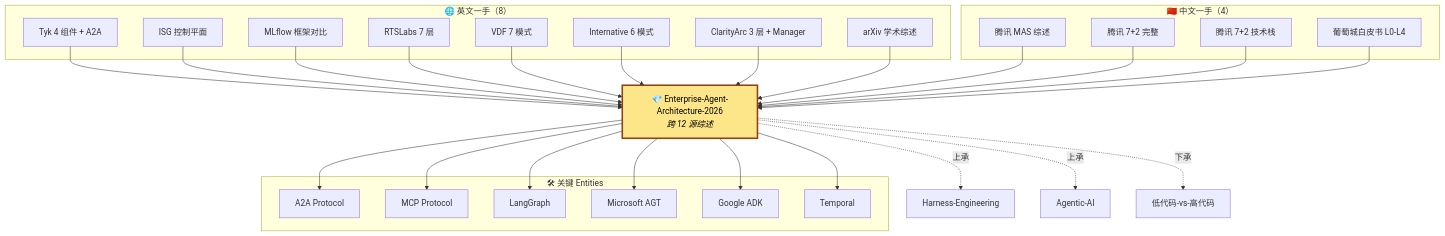
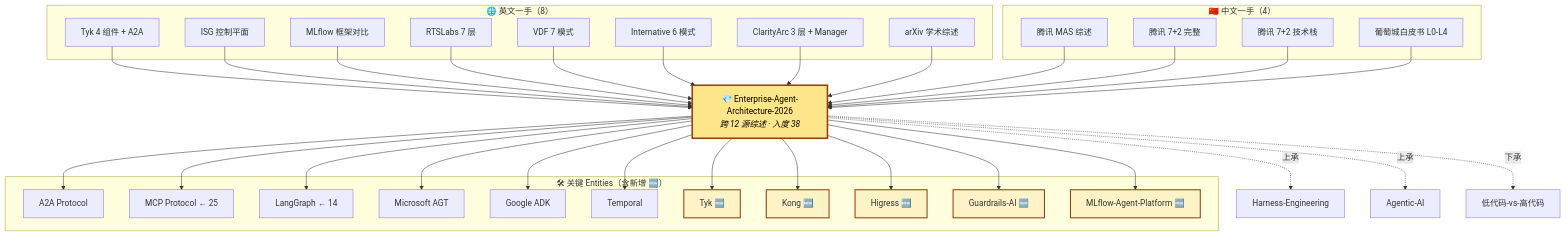
The sixth of 6 diagrams in content/graph.md (shaowenglu-afk/wiki-public), drawn with Mermaid before and after one commit. The commit also changed other lines of this file and 95 other files, not shown here.

````diff
--- a/content/graph.md
+++ b/content/graph.md
@@ -191,57 +245,69 @@
 ```mermaid
 flowchart TB
-    Hub["💎 Enterprise-Agent-Architecture-2026<br/><i>跨 12 源综述</i>"]:::hub
+    Hub["💎 Enterprise-Agent-Architecture-2026<br/><i>跨 12 源综述 · 入度 38</i>"]:::hub
 
     subgraph EN["🌐 英文一手（8）"]
         Tyk[Tyk 4 组件 + A2A]
         ISG[ISG 控制平面]
         MLflow[MLflow 框架对比]
         RTSLabs[RTSLabs 7 层]
         VDF[VDF 7 模式]
         Internative[Internative 6 模式]
         ClarityArc[ClarityArc 3 层 + Manager]
         arXiv[arXiv 学术综述]
     end
 
     subgraph CN["🇨🇳 中文一手（4）"]
         T1[腾讯 MAS 综述]
         T2[腾讯 7+2 完整]
         T3[腾讯 7+2 技术栈]
         GC[葡萄城白皮书 L0-L4]
     end
 
-    subgraph EE["🛠 关键 Entities"]
+    subgraph EE["🛠 关键 Entities（含新增 🆕）"]
         A2A[A2A Protocol]
-        MCP[MCP Protocol]
-        LG[LangGraph]
+        MCP[MCP Protocol ← 25]
+        LG[LangGraph ← 14]
         AGT[Microsoft AGT]
         ADK[Google ADK]
         TMP[Temporal]
+        Tyk2[Tyk 🆕]
+        Kong[Kong 🆕]
+        Higress[Higress 🆕]
+        Guard[Guardrails-AI 🆕]
+        MLfE[MLflow-Agent-Platform 🆕]
     end
 
     Tyk --> Hub
     ISG --> Hub
     MLflow --> Hub
     RTSLabs --> Hub
     VDF --> Hub
     Internative --> Hub
     ClarityArc --> Hub
     arXiv --> Hub
     T1 --> Hub
     T2 --> Hub
     T3 --> Hub
     GC --> Hub
 
     Hub --> A2A
     Hub --> MCP
     Hub --> LG
     Hub --> AGT
     Hub --> ADK
     Hub --> TMP
+    Hub --> Tyk2
+    Hub --> Kong
+    Hub --> Higress
+    Hub --> Guard
+    Hub --> MLfE
 
     Hub -.->|上承| HE[Harness-Engineering]
     Hub -.->|上承| AAI[Agentic-AI]
     Hub -.->|下承| LCHC[低代码-vs-高代码]
 
     classDef hub fill:#fde68a,stroke:#92400e,stroke-width:3px,color:#000
+    classDef new fill:#fef3c7,stroke:#92400e,stroke-width:2px
+    class Tyk2,Kong,Higress,Guard,MLfE new
 ```
````
